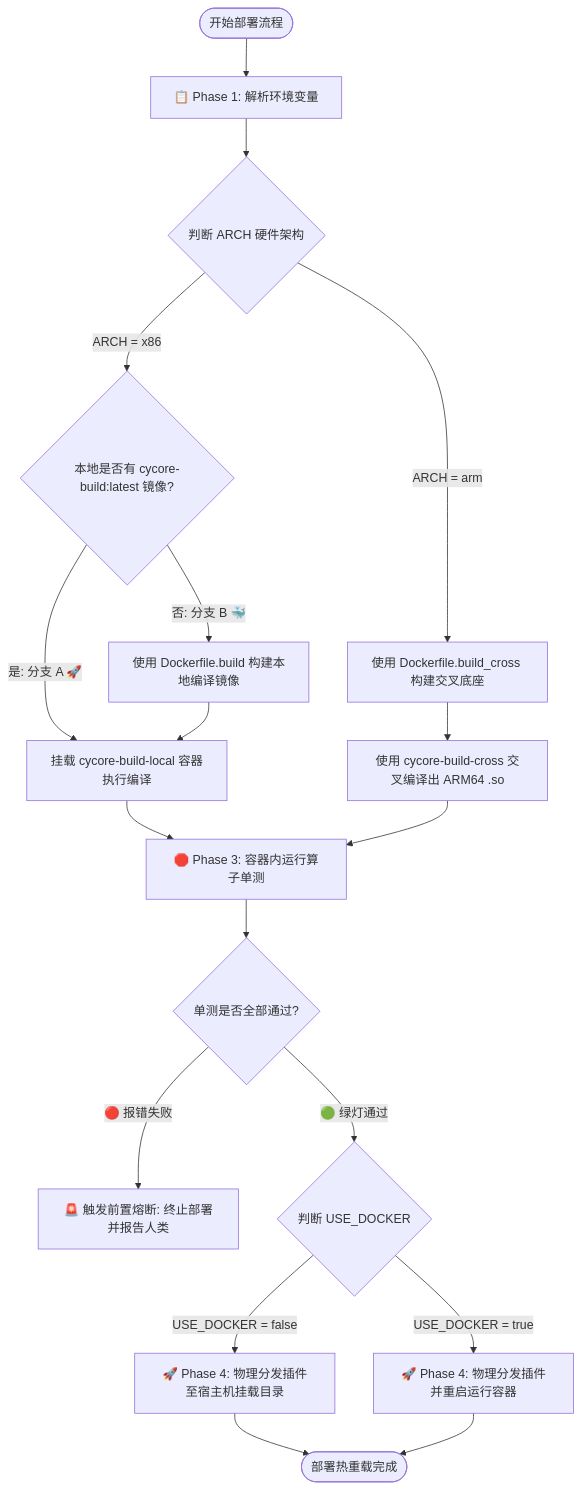
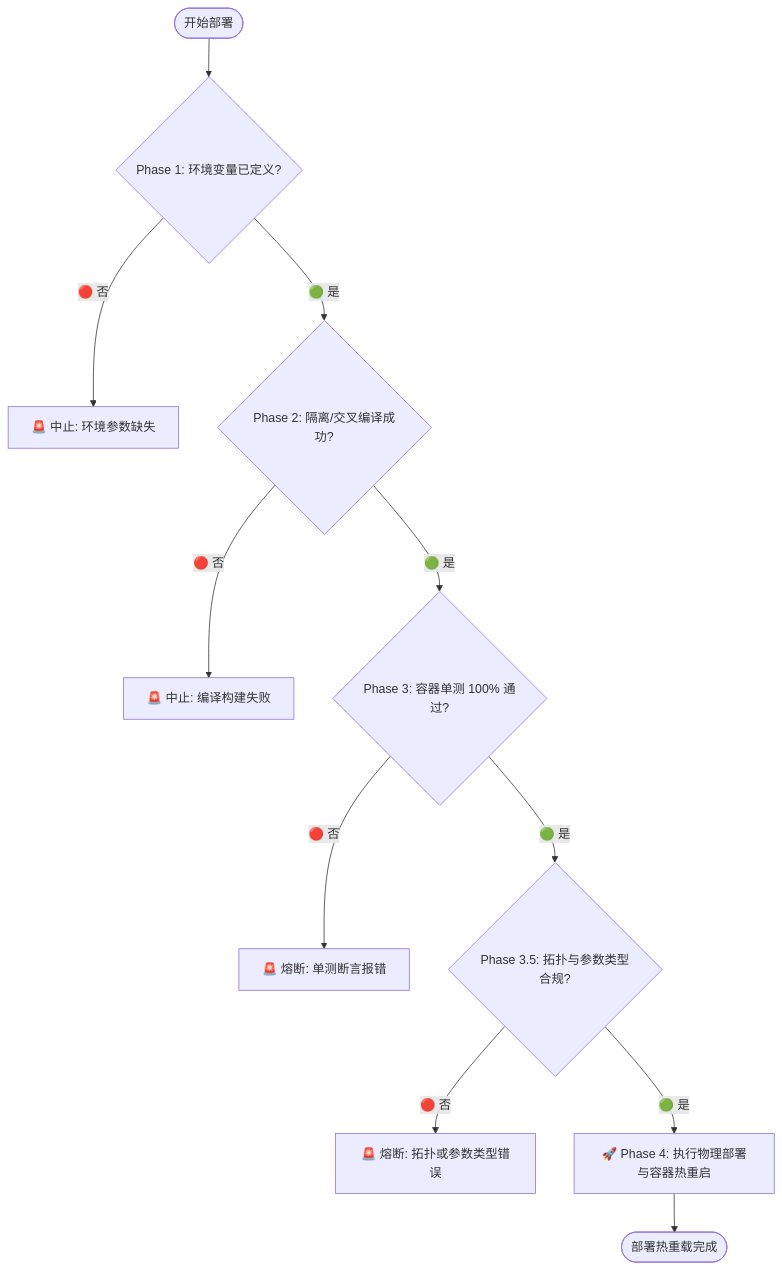
Before and after one commit to uestcradar/uestcradar: the diagram in .agents/skills/cpp_algorithm_ops/SKILL.md, drawn with Mermaid. The commit also changed other lines of this file and 17 other files, not shown here.

````diff
--- a/.agents/skills/cpp_algorithm_ops/SKILL.md
+++ b/.agents/skills/cpp_algorithm_ops/SKILL.md
@@ -14,30 +14,17 @@
 ```mermaid
 graph TD
-    Start([开始部署流程]) --> S1[📋 Phase 1: 解析环境变量]
-    S1 --> S2_Cond{判断 ARCH 硬件架构}
+    Start([开始部署]) --> S1{Phase 1: 环境变量已定义?}
+    S1 -->|🔴 否| F1[🚨 中止: 环境参数缺失]
+    S1 -->|🟢 是| S2{Phase 2: 隔离/交叉编译成功?}
     
-    %% ARCH=x86 本地同构分支
-    S2_Cond -->|ARCH = x86| S2_x86{本地是否有 cycore-build:latest 镜像?}
-    S2_x86 -->|是: 分支 A 🚀| S2_x86_run[挂载 cycore-build-local 容器执行编译]
-    S2_x86 -->|否: 分支 B 🐳| S2_x86_build[使用 Dockerfile.build 构建本地编译镜像]
-    S2_x86_build --> S2_x86_run
+    S2 -->|🔴 否| F2[🚨 中止: 编译构建失败]
+    S2 -->|🟢 是| S3{Phase 3: 容器单测 100% 通过?}
     
-    %% ARCH=arm 交叉编译分支
-    S2_Cond -->|ARCH = arm| S2_arm_build[使用 Dockerfile.build_cross 构建交叉底座]
-    S2_arm_build --> S2_arm_run[使用 cycore-build-cross 交叉编译出 ARM64 .so]
+    S3 -->|🔴 否| F3[🚨 熔断: 单测断言报错]
+    S3 -->|🟢 是| S3_5{Phase 3.5: 拓扑与参数类型合规?}
     
-    %% 测试阶段
-    S2_x86_run --> S3[🛑 Phase 3: 容器内运行算子单测]
-    S2_arm_run --> S3
+    S3_5 -->|🔴 否| F4[🚨 熔断: 拓扑或参数类型错误]
+    S3_5 -->|🟢 是| S4[🚀 Phase 4: 执行物理部署与容器热重启]
     
-    S3 --> S3_Cond{单测是否全部通过?}
-    S3_Cond -->|🔴 报错失败| S3_Fatal[🚨 触发前置熔断: 终止部署并报告人类]
-    S3_Cond -->|🟢 绿灯通过| S4_Cond{判断 USE_DOCKER}
-    
-    %% 部署分发阶段
-    S4_Cond -->|USE_DOCKER = false| S4_Host[🚀 Phase 4: 物理分发插件至宿主机挂载目录]
-    S4_Cond -->|USE_DOCKER = true| S4_Docker[🚀 Phase 4: 物理分发插件并重启运行容器]
-    
-    S4_Host --> End([部署热重载完成])
-    S4_Docker --> End
+    S4 --> End([部署热重载完成])
 ```
````
